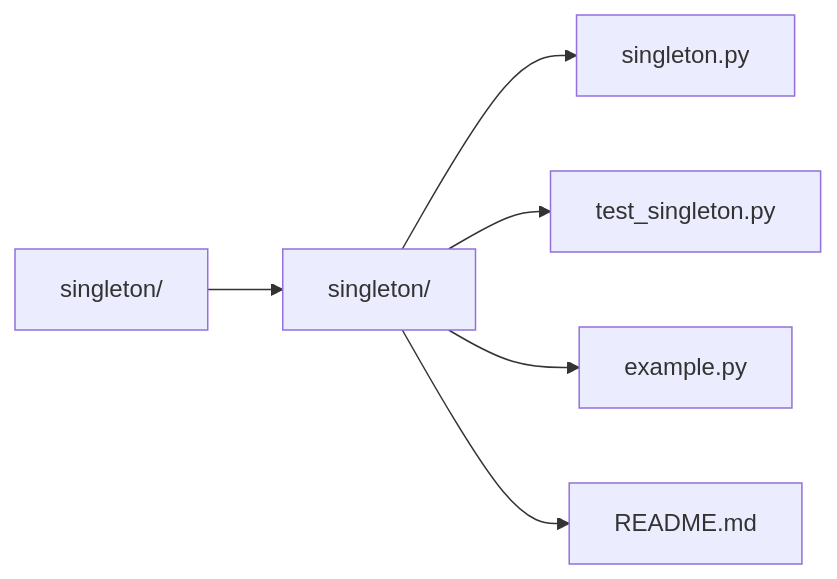
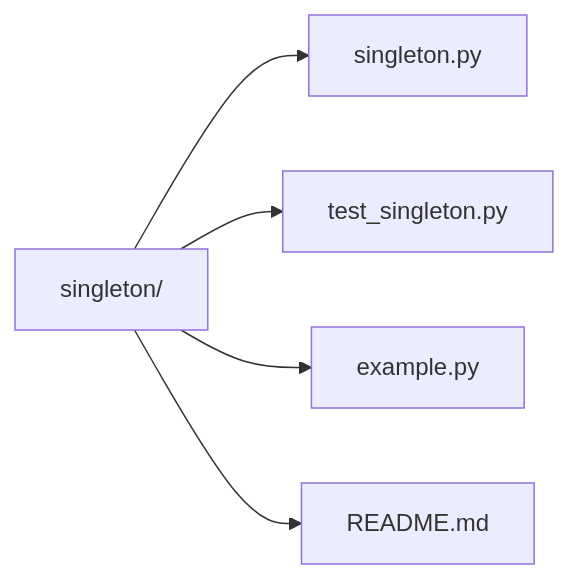
Before and after one commit to nathasjafink/Design-Patterns-Code-Examples: the diagram in singleton/README.md, drawn with Mermaid.

````diff
--- a/singleton/README.md
+++ b/singleton/README.md
@@ -16,11 +16,10 @@
 ```mermaid
 graph LR
     A[singleton/]
     
-    A --> E[singleton/]
-    E --> E1[singleton.py]
-    E --> E2[test_singleton.py]
-    E --> E3[example.py]
-    E --> E4[README.md]
+    A --> B1[singleton.py]
+    A --> B2[test_singleton.py]
+    A --> B3[example.py]
+    A --> B4[README.md]
 
 ```    
````
